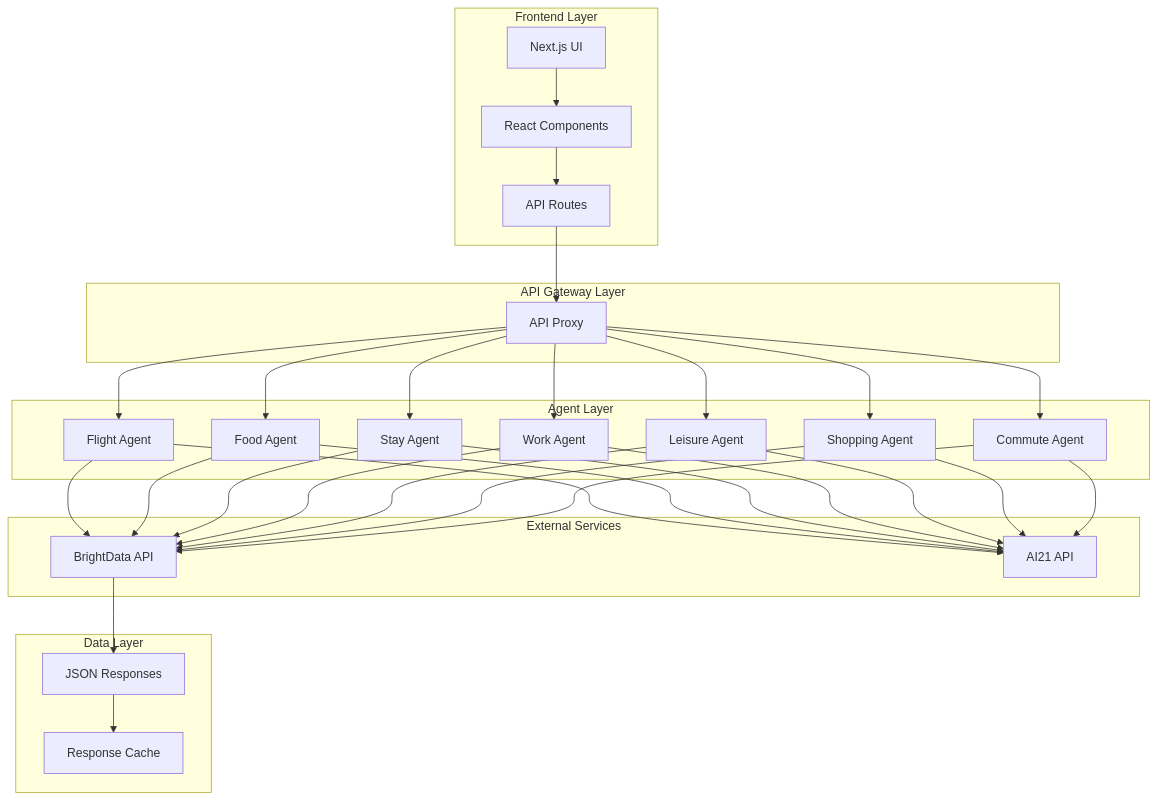
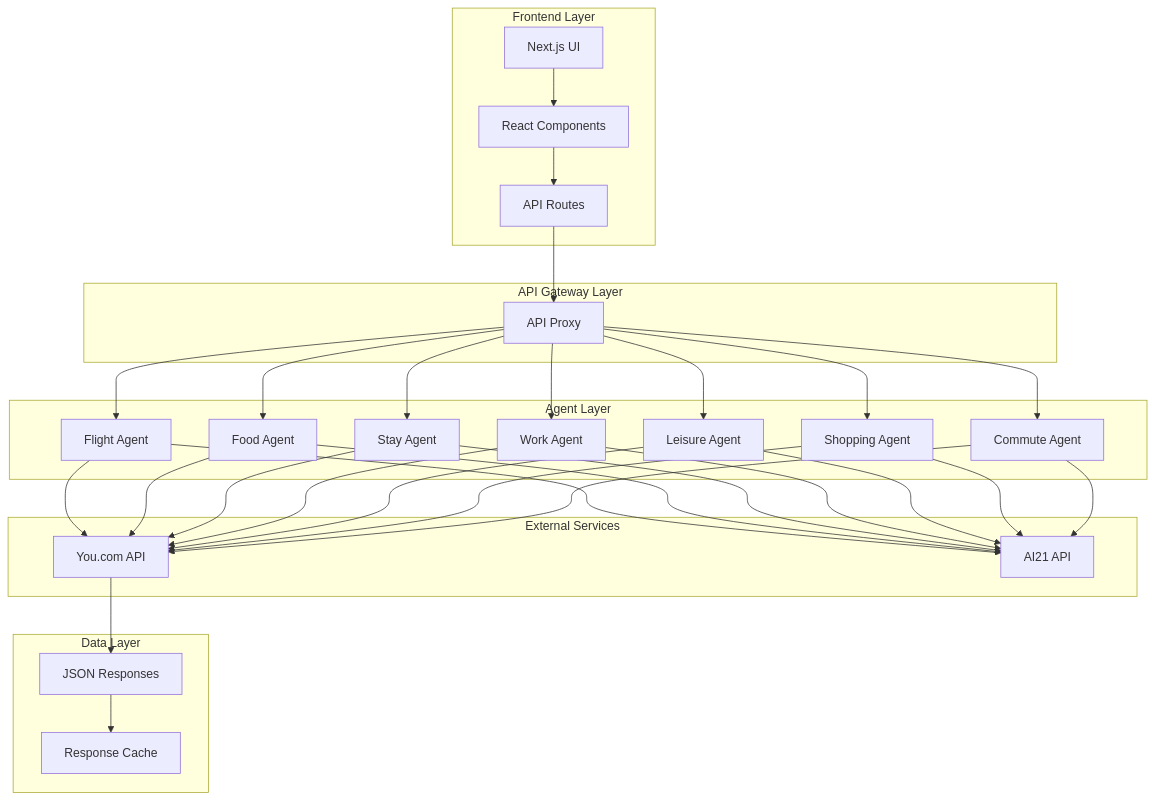
The first of 3 diagrams in apps/travel/beacon/docs/architecture.md (sakomws/prehacks), drawn with Mermaid before and after one commit. The commit also changed other lines of this file and 191 other files, not shown here.

````diff
--- a/apps/travel/beacon/docs/architecture.md
+++ b/apps/travel/beacon/docs/architecture.md
@@ -18,62 +18,62 @@
 ```mermaid
 graph TB
     subgraph "Frontend Layer"
         UI[Next.js UI]
         Components[React Components]
         API[API Routes]
     end
     
     subgraph "API Gateway Layer"
         Proxy[API Proxy]
     end
     
     subgraph "Agent Layer"
         Flight[Flight Agent]
         Food[Food Agent]
         Stay[Stay Agent]
         Work[Work Agent]
         Leisure[Leisure Agent]
         Shopping[Shopping Agent]
         Commute[Commute Agent]
     end
     
     subgraph "External Services"
-        BrightData[BrightData API]
+        YouAPI[You.com API]
         AI21[AI21 API]
     end
     
     subgraph "Data Layer"
         JSON[JSON Responses]
         Cache[Response Cache]
     end
     
     UI --> Components
     Components --> API
     API --> Proxy
     Proxy --> Flight
     Proxy --> Food
     Proxy --> Stay
     Proxy --> Work
     Proxy --> Leisure
     Proxy --> Shopping
     Proxy --> Commute
     
-    Flight --> BrightData
-    Food --> BrightData
-    Stay --> BrightData
-    Work --> BrightData
-    Leisure --> BrightData
-    Shopping --> BrightData
-    Commute --> BrightData
+    Flight --> YouAPI
+    Food --> YouAPI
+    Stay --> YouAPI
+    Work --> YouAPI
+    Leisure --> YouAPI
+    Shopping --> YouAPI
+    Commute --> YouAPI
     
     Flight --> AI21
     Food --> AI21
     Stay --> AI21
     Work --> AI21
     Leisure --> AI21
     Shopping --> AI21
     Commute --> AI21
     
-    BrightData --> JSON
+    YouAPI --> JSON
     JSON --> Cache
 ```
````
